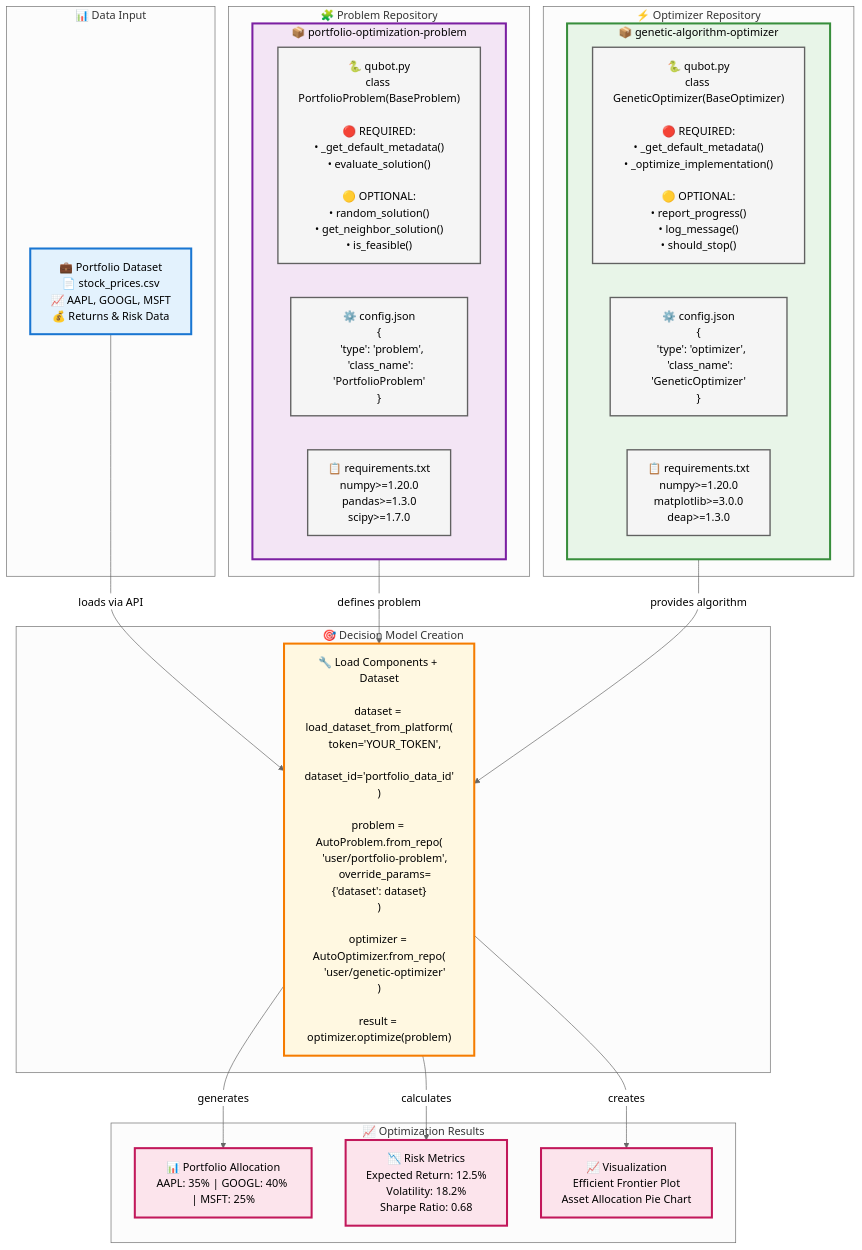
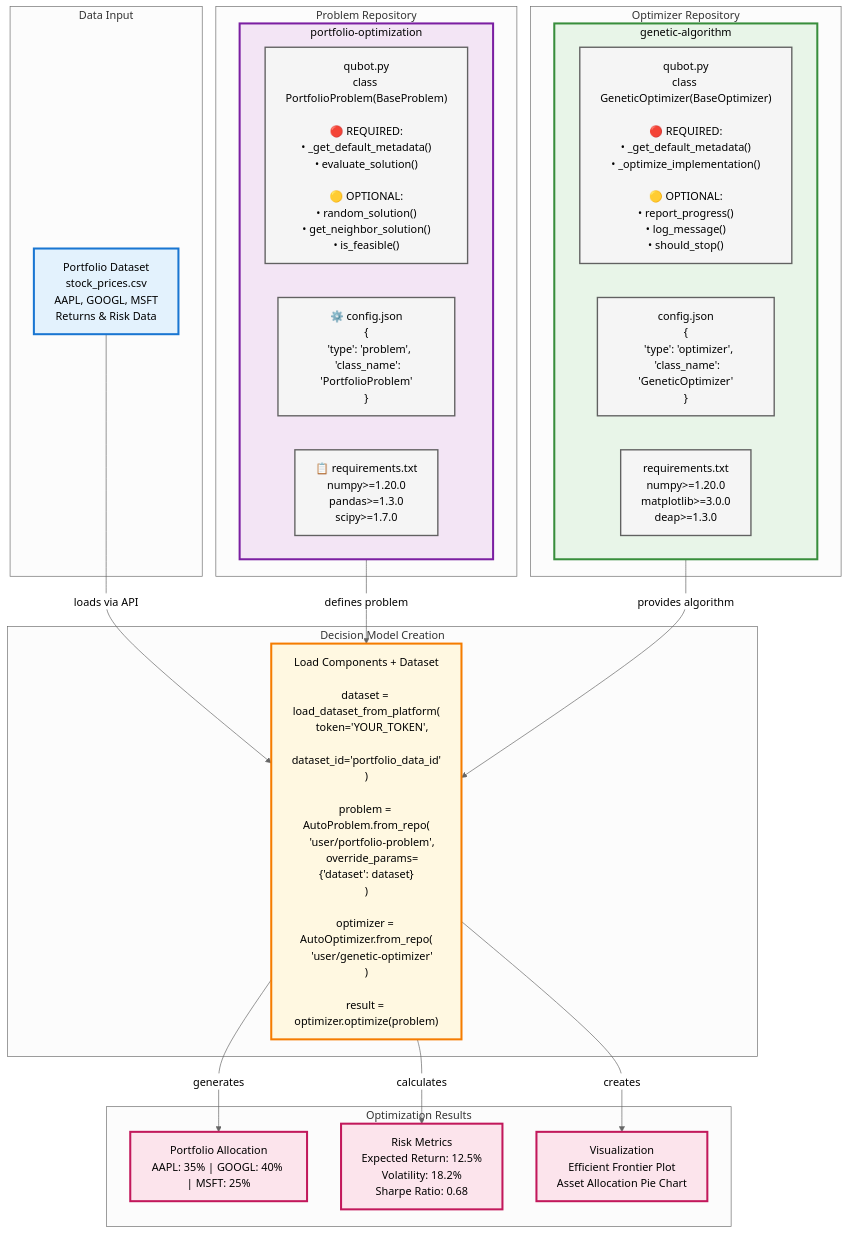
One commit to leonidas1312/qubots changed the diagram in README.md. Above: the diagram before and after it, drawn with Mermaid (neutral theme). The commit also changed other lines of this file, not shown here.

````diff
--- a/README.md
+++ b/README.md
@@ -11,56 +11,56 @@
 ```mermaid
 graph TB
-    subgraph "📊 Data Input"
-        D1["💼 Portfolio Dataset<br/>📄 stock_prices.csv<br/>📈 AAPL, GOOGL, MSFT<br/>💰 Returns & Risk Data"]
+    subgraph " Data Input"
+        D1[" Portfolio Dataset<br/> stock_prices.csv<br/> AAPL, GOOGL, MSFT<br/> Returns & Risk Data"]
     end
 
-    subgraph "🧩 Problem Repository"
-        subgraph PR1["📦 portfolio-optimization-problem"]
-            PR1_Q["🐍 qubot.py<br/>class PortfolioProblem(BaseProblem)<br/><br/>🔴 REQUIRED:<br/>• _get_default_metadata()<br/>• evaluate_solution()<br/><br/>🟡 OPTIONAL:<br/>• random_solution()<br/>• get_neighbor_solution()<br/>• is_feasible()"]
+    subgraph " Problem Repository"
+        subgraph PR1[" portfolio-optimization"]
+            PR1_Q[" qubot.py<br/>class PortfolioProblem(BaseProblem)<br/><br/>🔴 REQUIRED:<br/>• _get_default_metadata()<br/>• evaluate_solution()<br/><br/>🟡 OPTIONAL:<br/>• random_solution()<br/>• get_neighbor_solution()<br/>• is_feasible()"]
             PR1_C["⚙️ config.json<br/>{<br/>  'type': 'problem',<br/>  'class_name': 'PortfolioProblem'<br/>}"]
             PR1_R["📋 requirements.txt<br/>numpy>=1.20.0<br/>pandas>=1.3.0<br/>scipy>=1.7.0"]
         end
     end
 
-    subgraph "⚡ Optimizer Repository"
-        subgraph OR1["📦 genetic-algorithm-optimizer"]
-            OR1_Q["🐍 qubot.py<br/>class GeneticOptimizer(BaseOptimizer)<br/><br/>🔴 REQUIRED:<br/>• _get_default_metadata()<br/>• _optimize_implementation()<br/><br/>🟡 OPTIONAL:<br/>• report_progress()<br/>• log_message()<br/>• should_stop()"]
-            OR1_C["⚙️ config.json<br/>{<br/>  'type': 'optimizer',<br/>  'class_name': 'GeneticOptimizer'<br/>}"]
-            OR1_R["📋 requirements.txt<br/>numpy>=1.20.0<br/>matplotlib>=3.0.0<br/>deap>=1.3.0"]
+    subgraph " Optimizer Repository"
+        subgraph OR1[" genetic-algorithm"]
+            OR1_Q[" qubot.py<br/>class GeneticOptimizer(BaseOptimizer)<br/><br/>🔴 REQUIRED:<br/>• _get_default_metadata()<br/>• _optimize_implementation()<br/><br/>🟡 OPTIONAL:<br/>• report_progress()<br/>• log_message()<br/>• should_stop()"]
+            OR1_C[" config.json<br/>{<br/>  'type': 'optimizer',<br/>  'class_name': 'GeneticOptimizer'<br/>}"]
+            OR1_R[" requirements.txt<br/>numpy>=1.20.0<br/>matplotlib>=3.0.0<br/>deap>=1.3.0"]
         end
     end
 
-    subgraph "🎯 Decision Model Creation"
-        DM["🔧 Load Components + Dataset<br/><br/>dataset = load_dataset_from_platform(<br/>    token='YOUR_TOKEN',<br/>    dataset_id='portfolio_data_id'<br/>)<br/><br/>problem = AutoProblem.from_repo(<br/>    'user/portfolio-problem',<br/>    override_params={'dataset': dataset}<br/>)<br/><br/>optimizer = AutoOptimizer.from_repo(<br/>    'user/genetic-optimizer'<br/>)<br/><br/>result = optimizer.optimize(problem)"]
+    subgraph " Decision Model Creation"
+        DM[" Load Components + Dataset<br/><br/>dataset = load_dataset_from_platform(<br/>    token='YOUR_TOKEN',<br/>    dataset_id='portfolio_data_id'<br/>)<br/><br/>problem = AutoProblem.from_repo(<br/>    'user/portfolio-problem',<br/>    override_params={'dataset': dataset}<br/>)<br/><br/>optimizer = AutoOptimizer.from_repo(<br/>    'user/genetic-optimizer'<br/>)<br/><br/>result = optimizer.optimize(problem)"]
     end
 
-    subgraph "📈 Optimization Results"
-        R1["📊 Portfolio Allocation<br/>AAPL: 35% | GOOGL: 40% | MSFT: 25%"]
-        R2["📉 Risk Metrics<br/>Expected Return: 12.5%<br/>Volatility: 18.2%<br/>Sharpe Ratio: 0.68"]
-        R3["📈 Visualization<br/>Efficient Frontier Plot<br/>Asset Allocation Pie Chart"]
+    subgraph " Optimization Results"
+        R1[" Portfolio Allocation<br/>AAPL: 35% | GOOGL: 40% | MSFT: 25%"]
+        R2[" Risk Metrics<br/>Expected Return: 12.5%<br/>Volatility: 18.2%<br/>Sharpe Ratio: 0.68"]
+        R3[" Visualization<br/>Efficient Frontier Plot<br/>Asset Allocation Pie Chart"]
     end
 
     %% Connections with labels
     D1 -->|"loads via API"| DM
     PR1 -->|"defines problem"| DM
     OR1 -->|"provides algorithm"| DM
 
     DM -->|"generates"| R1
     DM -->|"calculates"| R2
     DM -->|"creates"| R3
 
     %% Styling
     classDef dataStyle fill:#e3f2fd,stroke:#1976d2,stroke-width:3px,color:#000
     classDef problemStyle fill:#f3e5f5,stroke:#7b1fa2,stroke-width:3px,color:#000
     classDef optimizerStyle fill:#e8f5e8,stroke:#388e3c,stroke-width:3px,color:#000
     classDef modelStyle fill:#fff8e1,stroke:#f57c00,stroke-width:3px,color:#000
     classDef resultStyle fill:#fce4ec,stroke:#c2185b,stroke-width:3px,color:#000
     classDef fileStyle fill:#f5f5f5,stroke:#616161,stroke-width:2px,color:#000
 
     class D1 dataStyle
     class PR1 problemStyle
     class OR1 optimizerStyle
     class DM modelStyle
     class R1,R2,R3 resultStyle
     class PR1_Q,PR1_C,PR1_R,OR1_Q,OR1_C,OR1_R fileStyle
 ```
````
